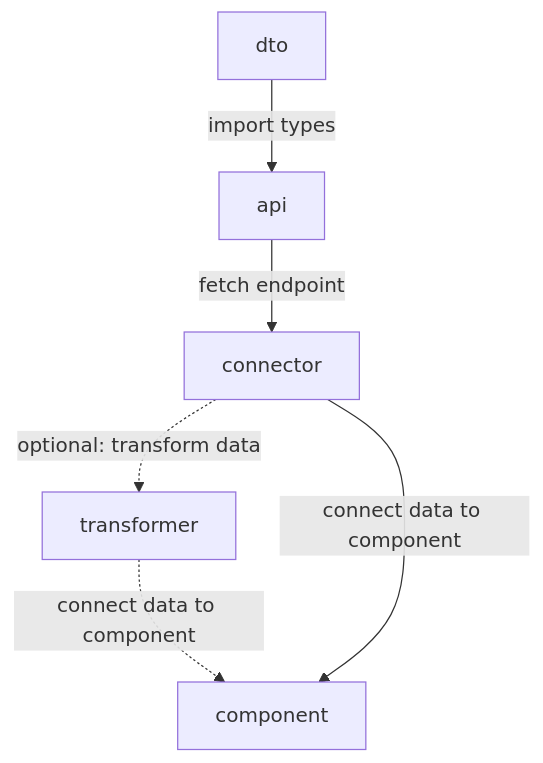
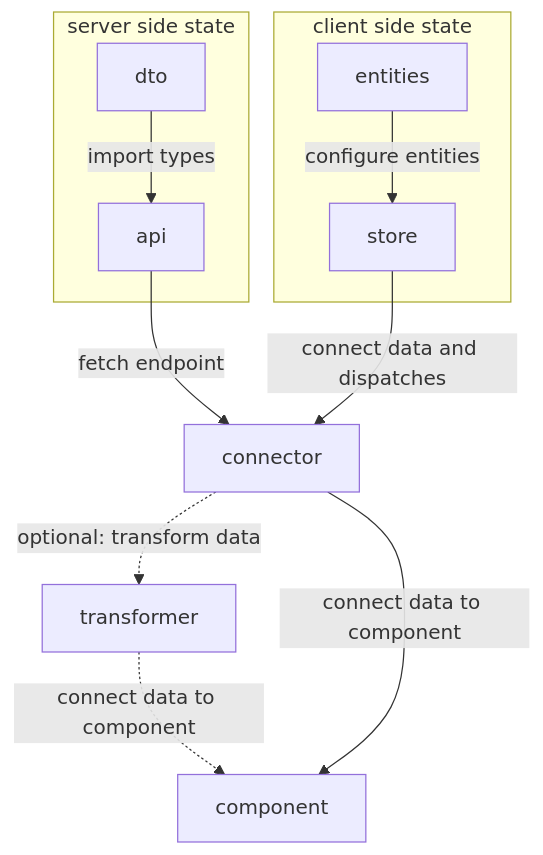
The diagram in data-flow.md (wearetriple/web-defaults), drawn with Mermaid before and after one commit. The commit also changed other lines of this file, not shown here.

````diff
--- a/data-flow.md
+++ b/data-flow.md
@@ -25,5 +25,14 @@
 ```mermaid
 flowchart TD
     dto -->|import types| api -->|fetch endpoint| connector -.->|optional: transform data| transformer -.->|connect data to component| component
     connector -->|connect data to component| component
+    entities -->|configure entities| store -->|connect data and dispatches| connector
+    subgraph client side state
+    entities
+    store
+    end
+    subgraph server side state
+    dto
+    api
+    end
 ```
````
